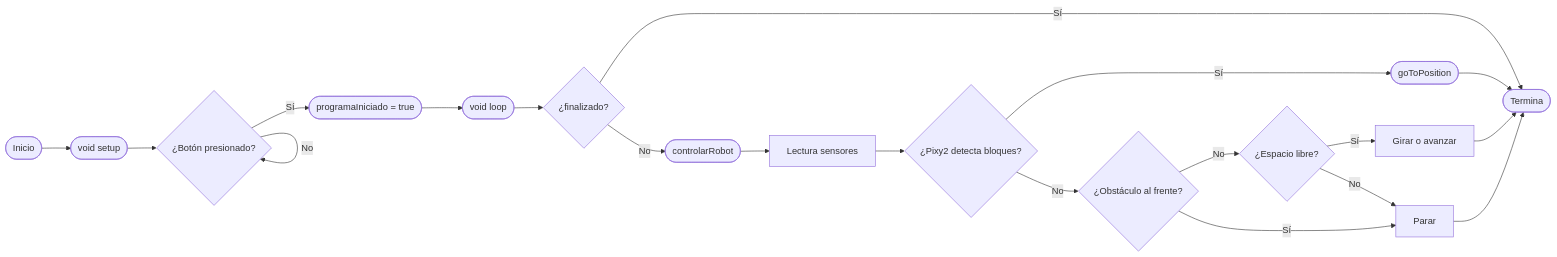
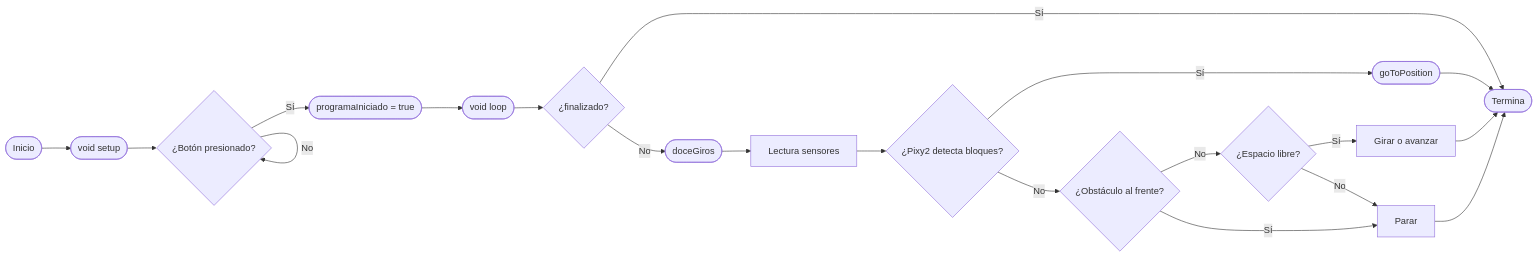
The third of 3 diagrams in README.md (teamvalgrind/ValRepo-WRO-2025), drawn with Mermaid before and after one commit. The commit also changed other lines of this file, not shown here.

````diff
--- a/README.md
+++ b/README.md
@@ -377,22 +377,22 @@
 ```mermaid
 flowchart LR
     A([Inicio]) --> B([void setup])
     B --> C{¿Botón presionado?}
     C -- No --> C
     C -- Sí --> D([programaIniciado = true])
     D --> E([void loop])
     E --> F{¿finalizado?}
     F -- Sí --> G([Termina])
-    F -- No --> H([controlarRobot])
+    F -- No --> H([doceGiros])
     H --> I[Lectura sensores]
     I --> J{¿Pixy2 detecta bloques?}
     J -- Sí --> K([goToPosition])
     J -- No --> L{¿Obstáculo al frente?}
     L -- No --> M{¿Espacio libre?}
     M -- Sí --> N[Girar o avanzar]
     M -- No --> O[Parar]
     L -- Sí --> O
     K --> G
     N --> G
     O --> G
 ```
````
